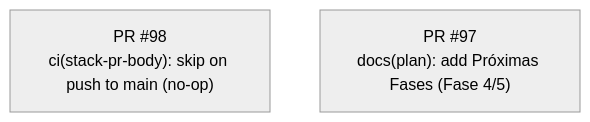
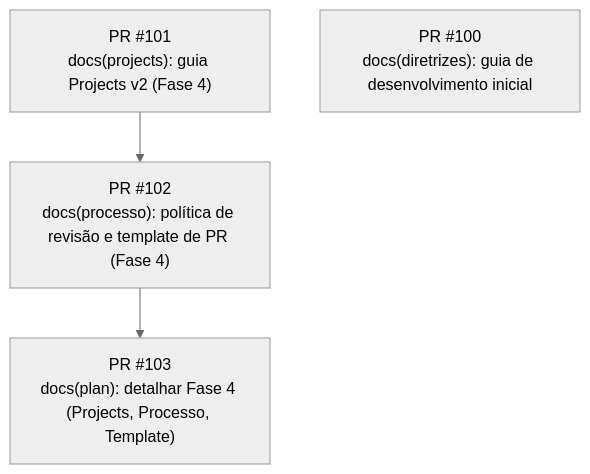
Before and after one commit to revton/car-fuel: the diagram in docs/stack-plan/STACK-PR-PLAN.md, drawn with Mermaid (neutral theme).

Commit message:
docs(stack): update Mermaid stack graph

````diff
--- a/docs/stack-plan/STACK-PR-PLAN.md
+++ b/docs/stack-plan/STACK-PR-PLAN.md
@@ -6,7 +6,13 @@
 ```mermaid
 flowchart TD
-  pr98["PR #98
-ci(stack-pr-body): skip on push to main (no-op)"]
-  pr97["PR #97
-docs(plan): add Próximas Fases (Fase 4/5)"]
+  pr103["PR #103
+docs(plan): detalhar Fase 4 (Projects, Processo, Template)"]
+  pr102["PR #102
+docs(processo): política de revisão e template de PR (Fase 4)"]
+  pr101["PR #101
+docs(projects): guia Projects v2 (Fase 4)"]
+  pr100["PR #100
+docs(diretrizes): guia de desenvolvimento inicial"]
+  pr102 --> pr103
+  pr101 --> pr102
 ```
````
